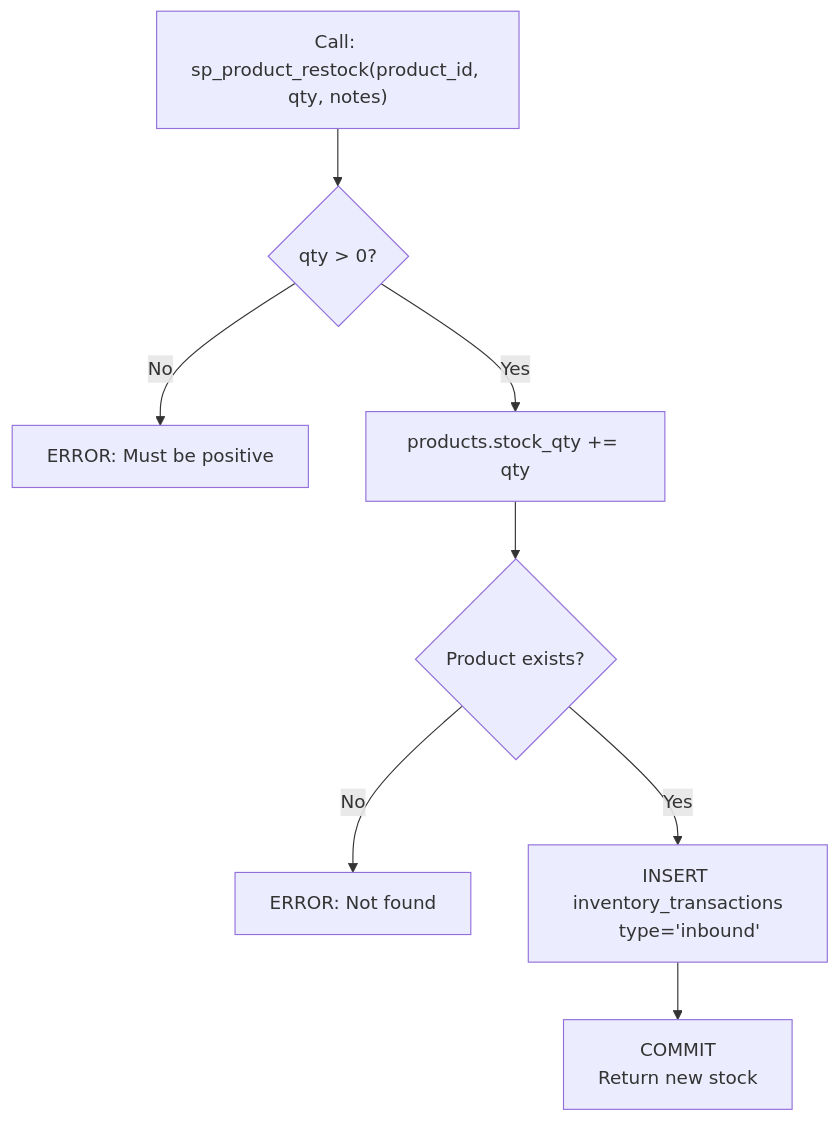
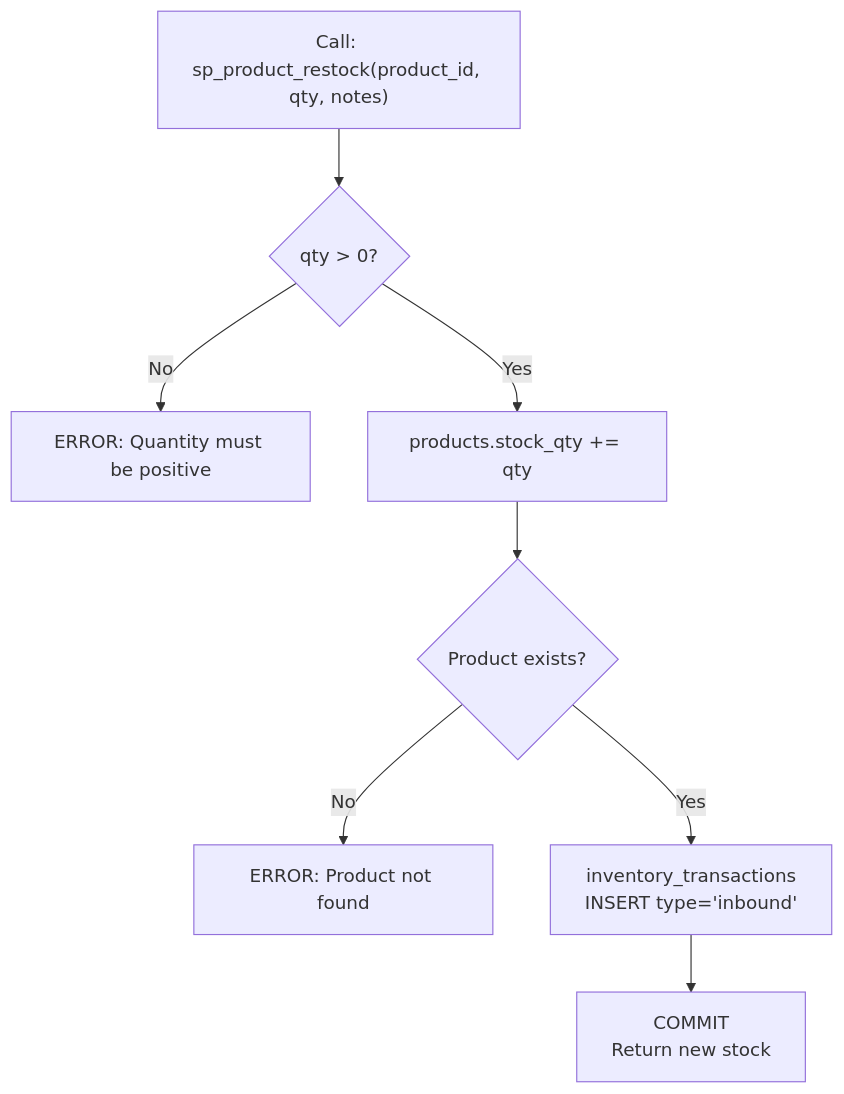
The eighth of 15 diagrams in docs/en/schema/procedures.md (civilian7/sql-tutorial), drawn with Mermaid before and after one commit. The commit also changed other lines of this file and 121 other files, not shown here.

````diff
--- a/docs/en/schema/procedures.md
+++ b/docs/en/schema/procedures.md
@@ -823,12 +838,12 @@
 ```mermaid
 flowchart TD
     A["Call: sp_product_restock(product_id, qty, notes)"] --> B{"qty > 0?"}
-    B -- No --> C["ERROR: Must be positive"]
+    B -- No --> C["ERROR: Quantity must be positive"]
     B -- Yes --> D["products.stock_qty += qty"]
     D --> E{"Product exists?"}
-    E -- No --> F["ERROR: Not found"]
-    E -- Yes --> G["INSERT inventory_transactions
-    type='inbound'"]
+    E -- No --> F["ERROR: Product not found"]
+    E -- Yes --> G["inventory_transactions
+    INSERT type='inbound'"]
     G --> H["COMMIT
     Return new stock"]
 ```
````
